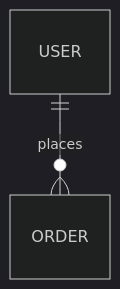
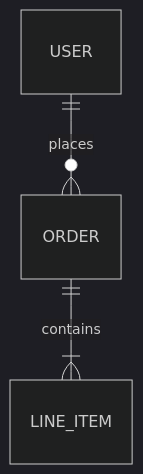
One commit to delian/codeguide-mcp changed diagram 12 of 18 in guides/markdown.md. Above: the diagram before and after it, drawn with Mermaid (dark theme). The commit also changed other lines of this file, not shown here.

````diff
--- a/guides/markdown.md
+++ b/guides/markdown.md
@@ -3178,4 +3859,5 @@
 ```mermaid
 erDiagram
     USER ||--o{ ORDER : places
+    ORDER ||--|{ LINE_ITEM : contains
 ```
````
